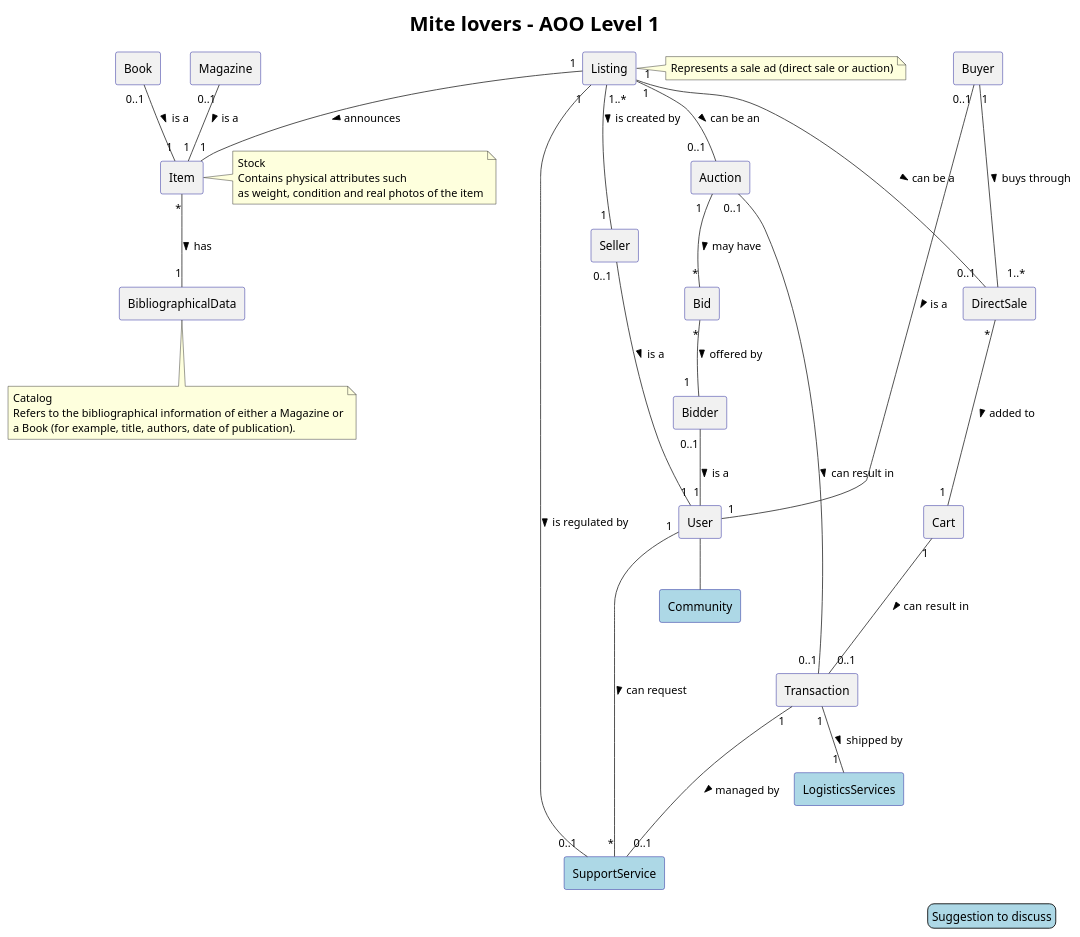
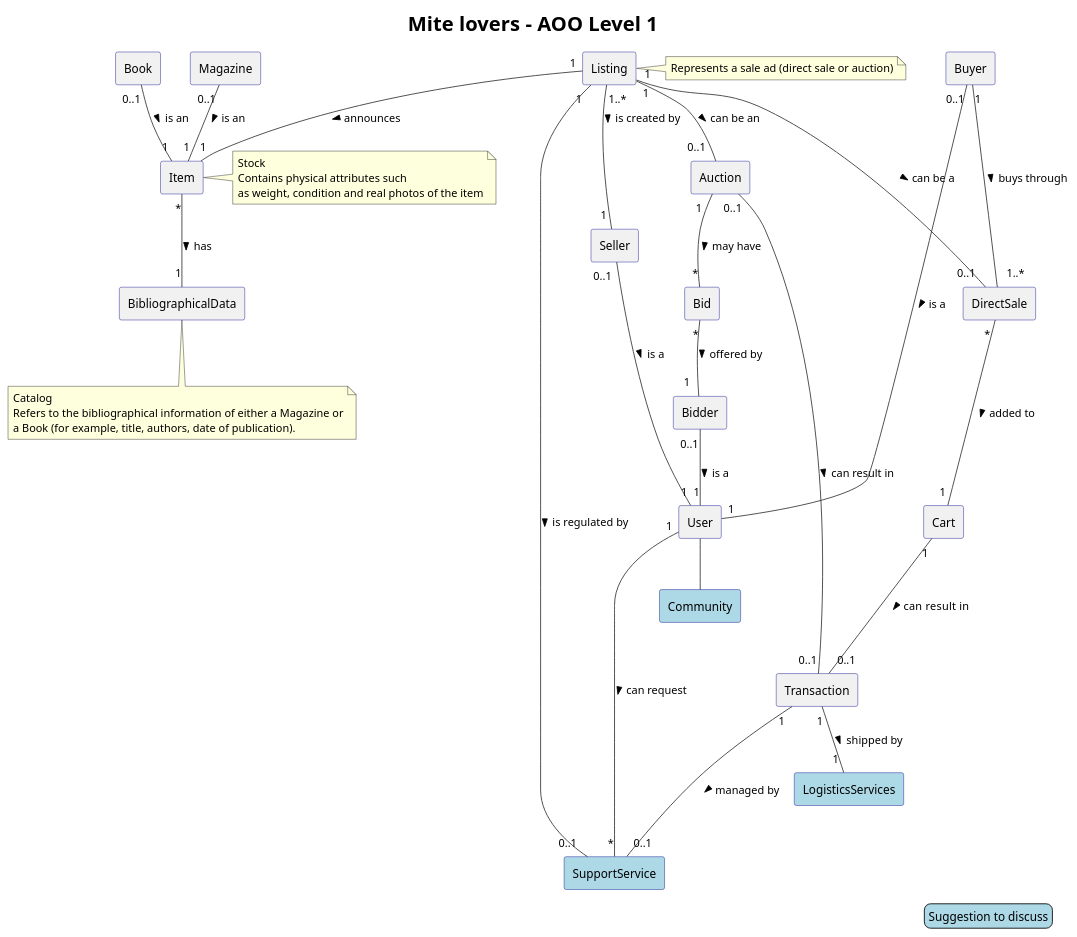
The diagram in DomainModel/versao2.puml (davidmarqq/MainProject_SWitCH), drawn with PlantUML before and after one commit.

```diff
--- a/DomainModel/versao2.puml
+++ b/DomainModel/versao2.puml
@@ -1,126 +1,124 @@
 @startuml
 'https://plantuml.com/class-diagram
 
 title Mite lovers - AOO Level 1
 skinparam title {
   FontSize 24
 }
 
 
 skinparam ArrowColor #333
 skinparam ClassBackgroundColor #DDDDFF
 skinparam ClassBorderColor #0000FF
 skinparam Shadowing false
 skinparam componentStyle rectangle
 skinparam componentBorderColor DarkBlue
 skinparam component<<highlight>> {
     BackgroundColor LightBlue
 }
 skinparam legend {
   BackgroundColor LightBlue
   FontSize 14
 }
 
 legend right
  Suggestion to discuss
 end legend
 
 
 Listing "1" -- "              0..1" Auction : > can be an
 Listing "  1   " --- "  0..1 " DirectSale : > can be a
 Listing "1..*" -- "       1" Seller : > is created by
 Listing "1" -- "1" Item : > announces
 
 note as L
     Represents a sale ad (direct sale or auction)
     end note
 
 Listing -> L
 
-Book "0..1" -- "1" Item : > is a
-Magazine "0..1" -- "1" Item : > is a
-/'Item "1" - "0..1" Book : < is an
-Item "1" - "0..1" Magazine : < is an'/
+Book "0..1" -- "1" Item : > is an
+Magazine "0..1" -- "1" Item : > is an
 Item "*" -- "1" BibliographicalData : > has
 
 note as N
     Catalog
     Refers to the bibliographical information of either a Magazine or
     a Book (for example, title, authors, date of publication).
     end note
 
 BibliographicalData --> N
 
 note as S
     Stock
     Contains physical attributes such
     as weight, condition and real photos of the item
     end note
 
 Item - S
 
 
 
 
 Buyer "1  " --- "  1..* " DirectSale : > buys through
 Cart "1" --- "0..1    " Transaction : > can result  in
 DirectSale "        *" --- "1 " Cart : > added to
 
 
 Auction "   1  " -- "*" Bid : > may have
 Auction "0..1" -- "0..1" Transaction : > can result in
 Bid "*" -- "                  1" Bidder : > offered by
 
 Transaction "1" -- "1 " LogisticsServices : > shipped by
 Transaction "1" -- "0..1" SupportService : > managed by
 
 Listing "  1 " --------- "0..1" SupportService : > is regulated by
 
 /'Community "1  " --- "1..*" User : > is composed of'/
 User -- Community
 Bidder "0..1" -- "1" User : > is a
 
 Seller "0..1 " -- "1" User : > is a
 Buyer "0..1" - "1" User : > is a
 
 User "1" -- "*" SupportService : > can request
 
 component Listing {
 }
 component Item {
 }
 component BibliographicalData {
 }
 component Seller {
 }
 component Buyer {
 }
 component Bidder {
 }
 component Bid {
 }
 component Cart {
 }
 component DirectSale {
 }
 component Transaction {
 }
 component LogisticsServices #LightBlue {
 }
 component SupportService #LightBlue{
 }
 component Community #LightBlue {
 }
 component Book{
 }
 component Magazine{
 }
 component Auction {
 }
 component User {
 }
 
 
 
 
 @enduml
```
